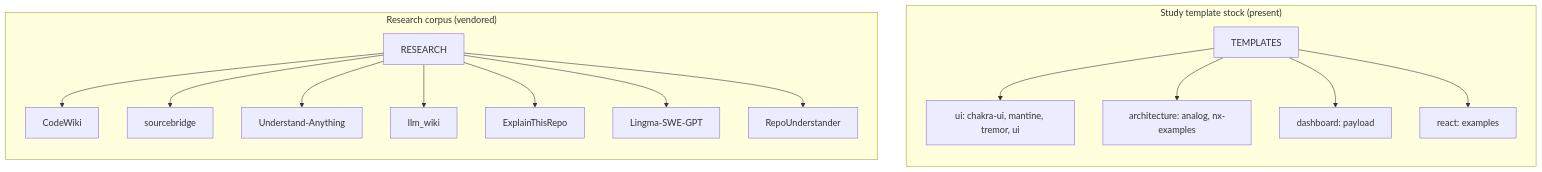
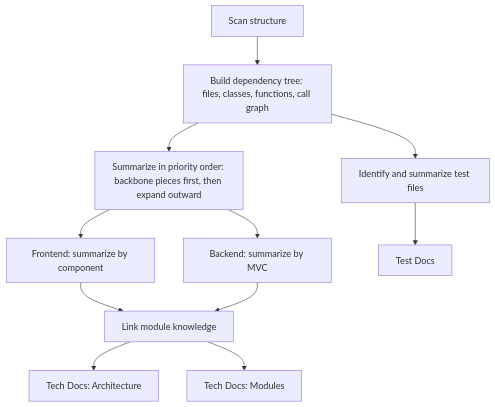
Before and after one commit to DarkKing335/Wiki-Generation: the diagram in docs/architecture.md, drawn with Mermaid. The commit also changed other lines of this file and 4 other files, not shown here.

````diff
--- a/docs/architecture.md
+++ b/docs/architecture.md
@@ -86,18 +49,13 @@
 ```mermaid
-graph BT
-    subgraph "Study template stock (present)"
-        TEMPLATES --> UI[ui: chakra-ui, mantine, tremor, ui]
-        TEMPLATES --> ARCH[architecture: analog, nx-examples]
-        TEMPLATES --> DASH[dashboard: payload]
-        TEMPLATES --> REACT[react: examples]
-    end
-    subgraph "Research corpus (vendored)"
-        RESEARCH --> CW[CodeWiki]
-        RESEARCH --> SOURCE[sourcebridge]
-        RESEARCH --> UN[Understand-Anything]
-        RESEARCH --> LLM[llm_wiki]
-        RESEARCH --> ER[ExplainThisRepo]
-        RESEARCH --> SWE[Lingma-SWE-GPT]
-        RESEARCH --> RU[RepoUnderstander]
-    end
+graph TD
+    A[Scan structure] --> B[Build dependency tree: files, classes, functions, call graph]
+    B --> C[Summarize in priority order: backbone pieces first, then expand outward]
+    C --> D1[Frontend: summarize by component]
+    C --> D2[Backend: summarize by MVC]
+    D1 --> E[Link module knowledge]
+    D2 --> E
+    E --> F1[Tech Docs: Architecture]
+    E --> F2[Tech Docs: Modules]
+    B --> G[Identify and summarize test files]
+    G --> F3[Test Docs]
 ```
````
